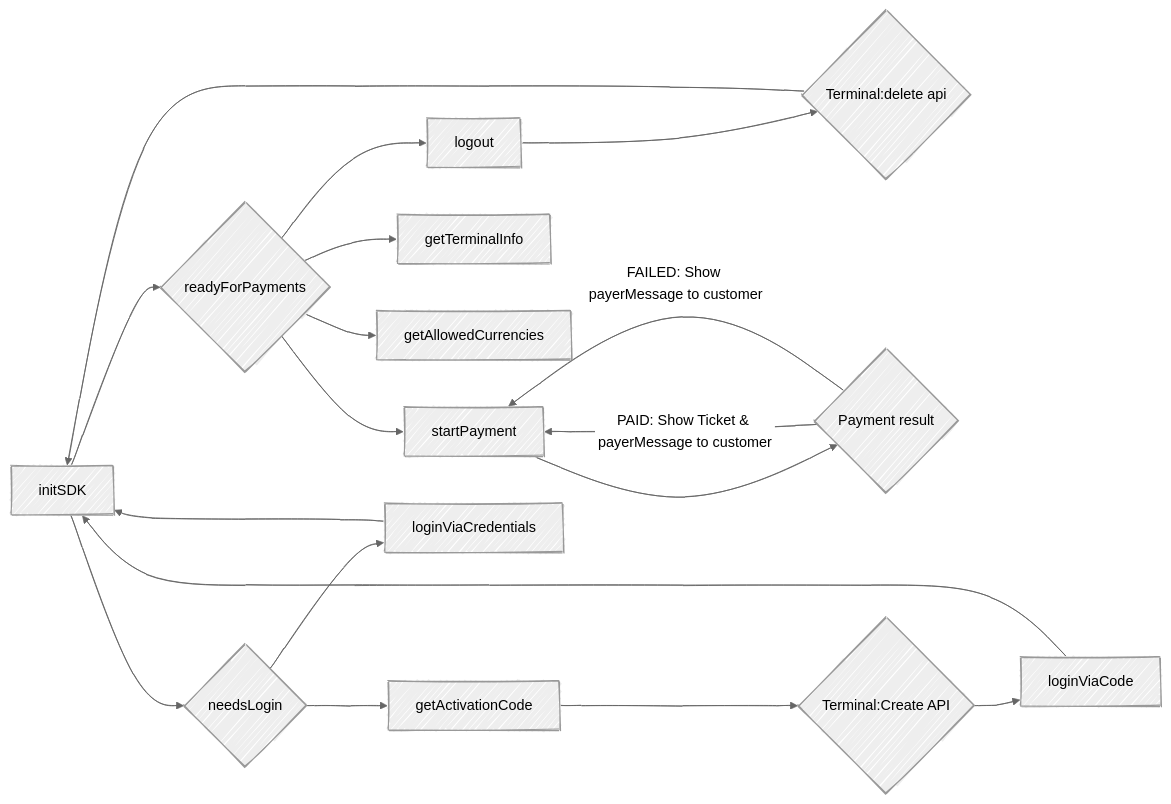
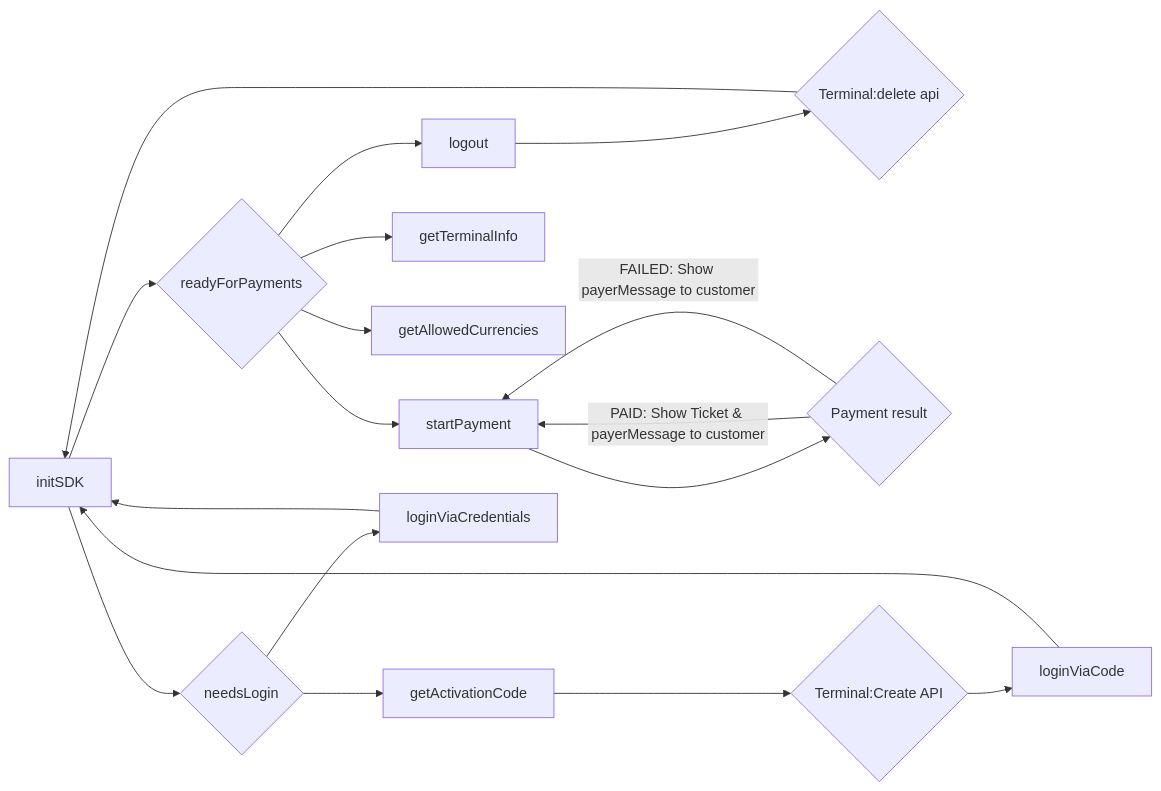
Before and after one commit to paynl/POS.SDK: the diagram in docs/sdk-ios.md, drawn with Mermaid.

````diff
--- a/docs/sdk-ios.md
+++ b/docs/sdk-ios.md
@@ -33,25 +33,20 @@
 ```mermaid
----
-config:
-  look: handDrawn
-  theme: neutral
----
 flowchart LR;
   A[initSDK] --> B{readyForPayments}
   A --> M{needsLogin}
   B --> K[logout]
   K --> L{Terminal:delete api}
   L --> A
   B --> F[startPayment]
   F --> H{Payment result}
   H --> |PAID: Show Ticket & payerMessage to customer| F
   H --> |FAILED: Show payerMessage to customer| F
   B --> I[getTerminalInfo]
   B --> J[getAllowedCurrencies]
   M --> C[getActivationCode]
   C --> D{Terminal:Create API}
   D --> E[loginViaCode]
   E --> A
   M --> G[loginViaCredentials]
   G --> A
 ```
````
